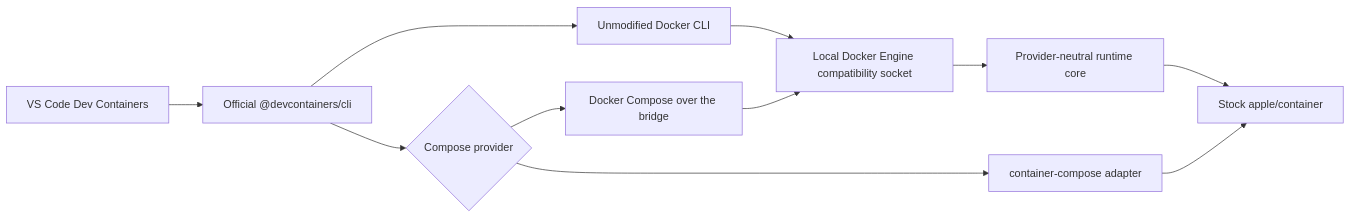
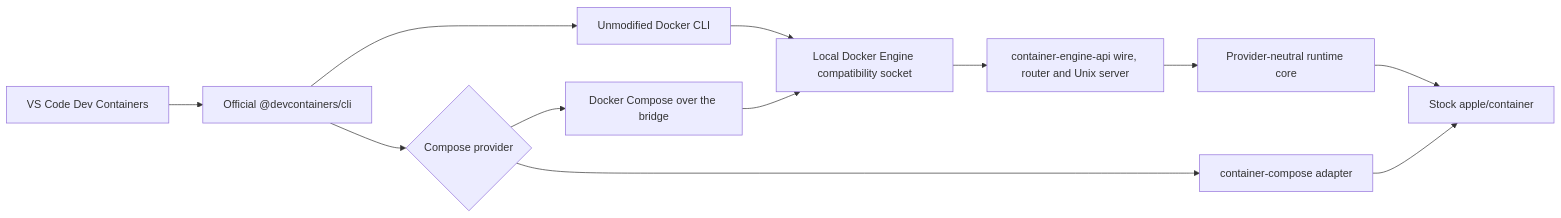
One commit to stephenlclarke/devcontainer changed the diagram in README.md. Above: the diagram before and after it, drawn with Mermaid. The commit also changed other lines of this file and 17 other files, not shown here.

Commit message:
feat(engine): adopt shared socket authority

````diff
--- a/README.md
+++ b/README.md
@@ -62,13 +62,14 @@
 ```mermaid
 flowchart LR
     VS["VS Code Dev Containers"] --> DC["Official @devcontainers/cli"]
     DC --> Docker["Unmodified Docker CLI"]
     Docker --> API["Local Docker Engine compatibility socket"]
-    API --> Core["Provider-neutral runtime core"]
+    API --> Shared["container-engine-api wire, router and Unix server"]
+    Shared --> Core["Provider-neutral runtime core"]
     Core --> Stock["Stock apple/container"]
     DC --> ComposeChoice{"Compose provider"}
     ComposeChoice --> DockerCompose["Docker Compose over the bridge"]
     ComposeChoice --> ContainerCompose["container-compose adapter"]
     DockerCompose --> API
     ContainerCompose --> Stock
 ```
````
